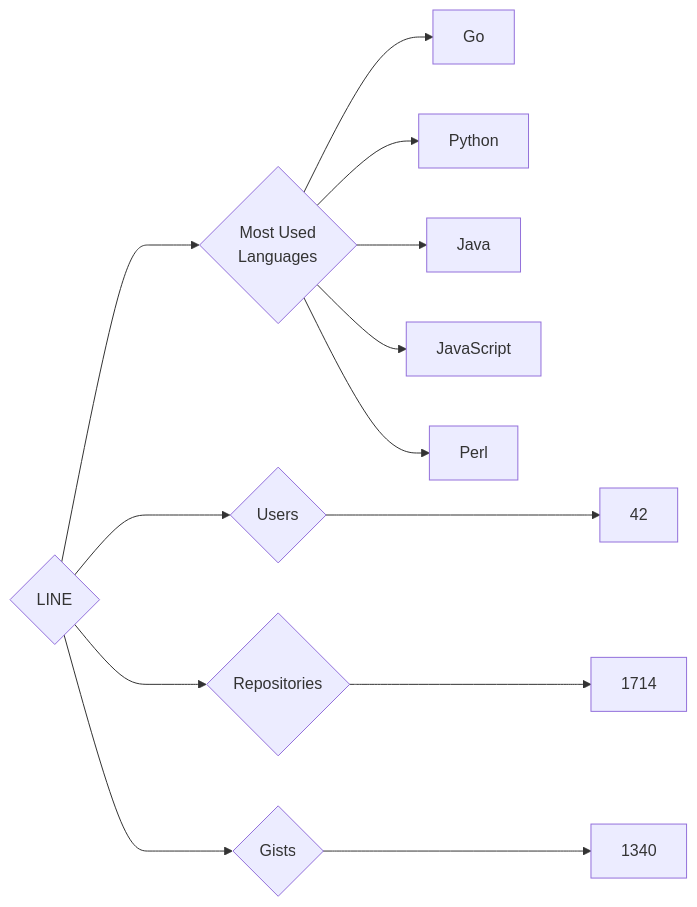
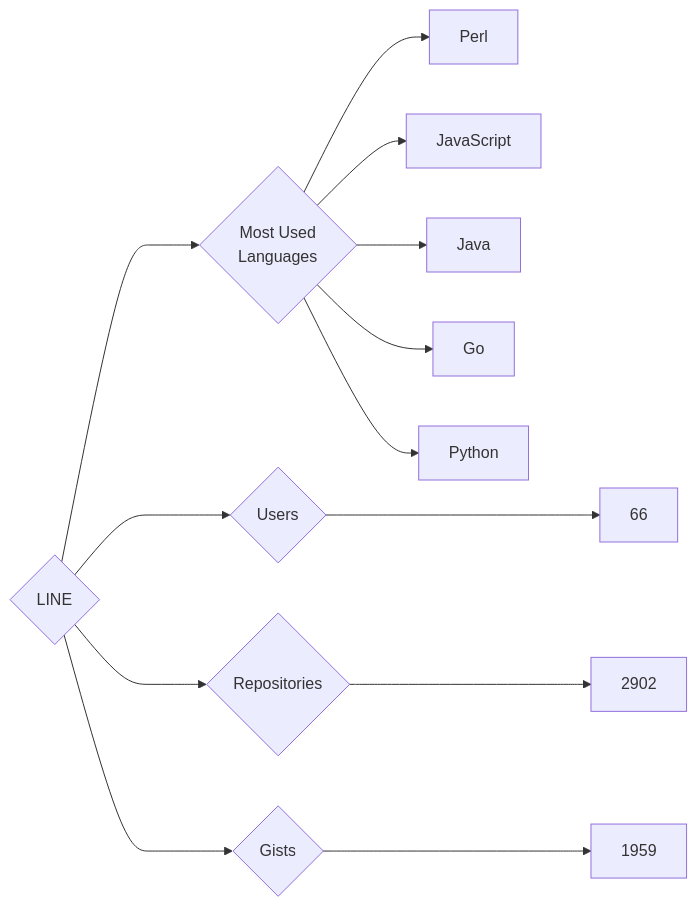
The diagram in targets/LINE/README.md (trickest/insiders), drawn with Mermaid before and after one commit. The commit also changed 1479 other files, not shown here.

````diff
--- a/targets/LINE/README.md
+++ b/targets/LINE/README.md
@@ -3,13 +3,13 @@
 ```mermaid
 graph LR
 COMPANY_NAME{LINE}
-COMPANY_NAME ---> U{Users} ---> UN[42]
-COMPANY_NAME ---> R{Repositories} ---> RN[1714]
-COMPANY_NAME ---> G{Gists} ---> GN[1340]
+COMPANY_NAME ---> U{Users} ---> UN[66]
+COMPANY_NAME ---> R{Repositories} ---> RN[2902]
+COMPANY_NAME ---> G{Gists} ---> GN[1959]
 COMPANY_NAME ---> ML{Most Used<br>Languages}
+ML --> Perl[Perl]
+ML --> JavaScript[JavaScript]
+ML --> Java[Java]
 ML --> Go[Go]
 ML --> Python[Python]
-ML --> Java[Java]
-ML --> JavaScript[JavaScript]
-ML --> Perl[Perl]
 ```
````
